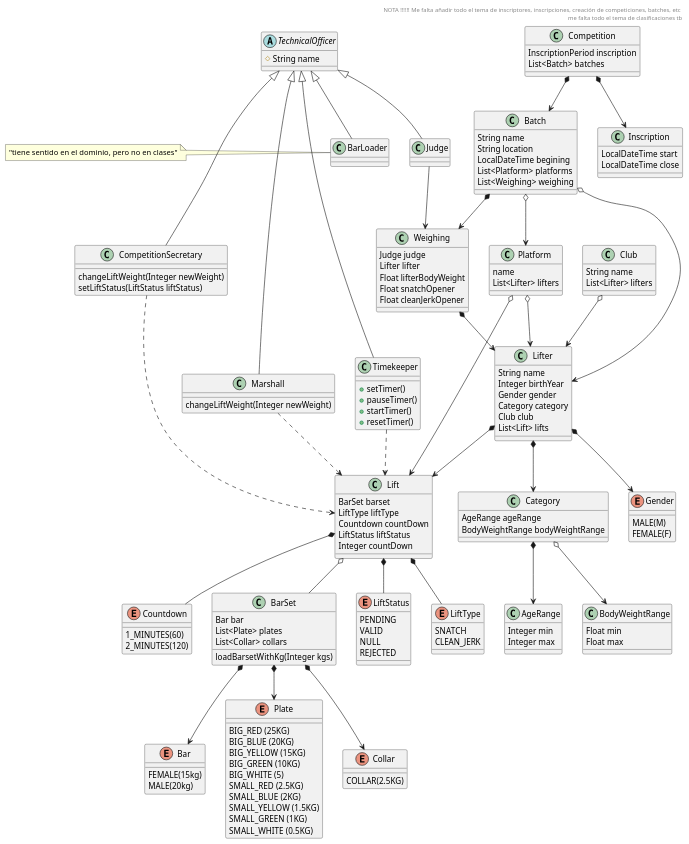
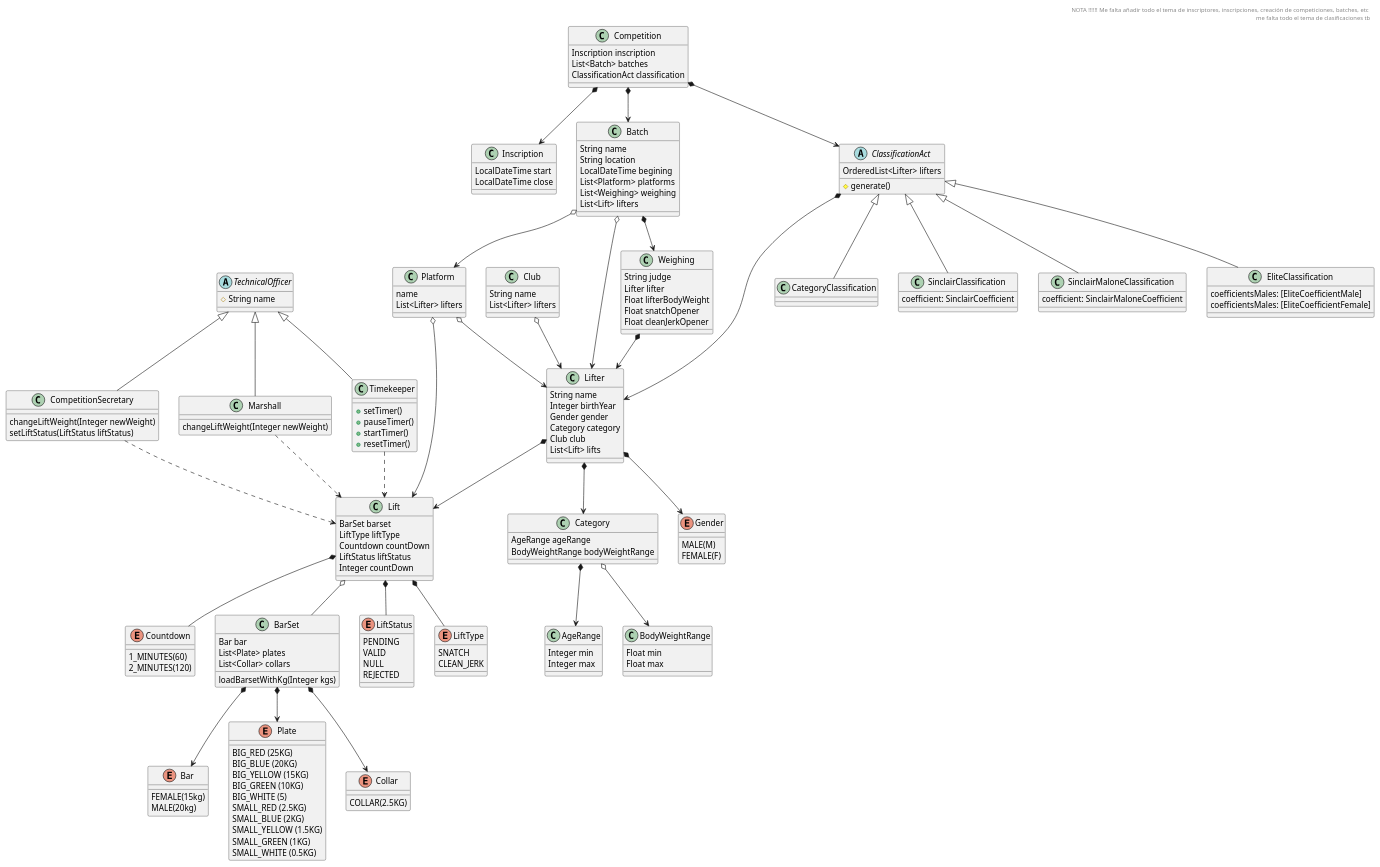
The diagram in documentation/diagrams/3_design/ClassDiagram.puml (zuldare/mastercloud_pfm_halterocms), drawn with PlantUML before and after one commit. The commit also changed 2 other files, not shown here.

Commit message:
Add class diagrams

```diff
--- a/documentation/diagrams/3_design/ClassDiagram.puml
+++ b/documentation/diagrams/3_design/ClassDiagram.puml
@@ -43,10 +43,6 @@
   FEMALE(F)
 }
 
-class Judge {
-
-}
-
 class Marshall {
   changeLiftWeight(Integer newWeight)
 }
@@ -63,11 +59,6 @@
   setLiftStatus(LiftStatus liftStatus)
 }
 
-class BarLoader {
-'  loadBar()
-}
-note left of BarLoader : "tiene sentido en el dominio, pero no en clases"
-
 
 abstract class TechnicalOfficer {
   # String name
@@ -75,16 +66,13 @@
 
 TechnicalOfficer <|-- CompetitionSecretary
 TechnicalOfficer <|-- Marshall
-TechnicalOfficer <|-- Judge
 TechnicalOfficer <|-- Timekeeper
-TechnicalOfficer <|-- BarLoader
 
 
 class BarSet {
   Bar bar
   List<Plate> plates
   List<Collar> collars
-
 
   loadBarsetWithKg(Integer kgs)
 }
@@ -100,8 +88,9 @@
 
 
 class Competition {
-  InscriptionPeriod inscription
+  Inscription inscription
   List<Batch> batches
+  ClassificationAct classification
 }
 
 class Inscription {
@@ -117,6 +106,7 @@
   LocalDateTime begining
   List<Platform> platforms
   List<Weighing> weighing
+  List<Lift> lifters
 }
 
 Competition *--> Batch
@@ -130,7 +120,7 @@
 Platform o--> Lifter
 
 class Weighing {
-  Judge judge
+  String judge
   Lifter lifter
   Float lifterBodyWeight
   Float snatchOpener
@@ -167,6 +157,23 @@
   Float max
 }
 
+
+class CategoryClassification
+
+class SinclairClassification {
+  coefficient: SinclairCoefficient
+}
+
+class SinclairMaloneClassification {
+  coefficient: SinclairMaloneCoefficient
+}
+
+class EliteClassification {
+  coefficientsMales: [EliteCoefficientMale]
+  coefficientsMales: [EliteCoefficientFemale]
+}
+
+
 Category *--> AgeRange
 Category o--> BodyWeightRange
 
@@ -188,12 +195,25 @@
 Lifter *--> Category
 Batch o--> Lifter
 
-Judge --> Weighing
-
 CompetitionSecretary ..> Lift
 Marshall ..> Lift
 Timekeeper ..> Lift
 
+Abstract ClassificationAct {
+  OrderedList<Lifter> lifters
+
+  # generate()
+}
+
+
+
+Competition *--> ClassificationAct
+
+ClassificationAct *--> Lifter
+ClassificationAct <|-- CategoryClassification
+ClassificationAct <|-- SinclairClassification
+ClassificationAct <|-- SinclairMaloneClassification
+ClassificationAct <|-- EliteClassification
 
 header NOTA !!!!!! Me falta añadir todo el tema de inscriptores, inscripciones, creación de competiciones, batches, etc \n me falta todo el tema de clasificaciones tb
 @enduml
```
